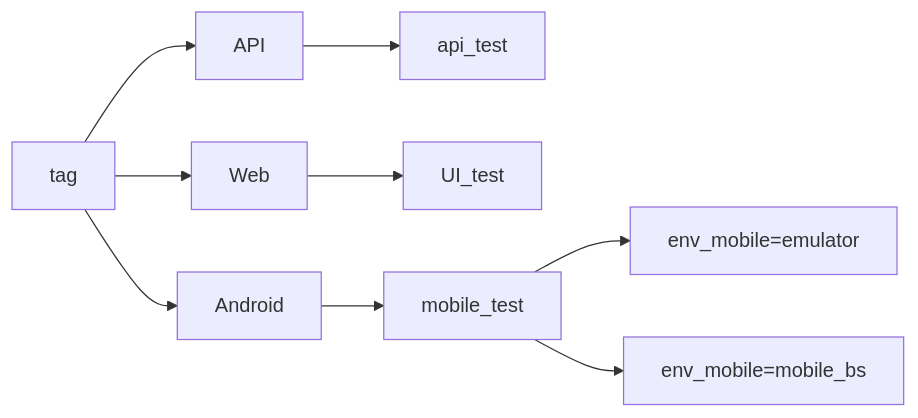
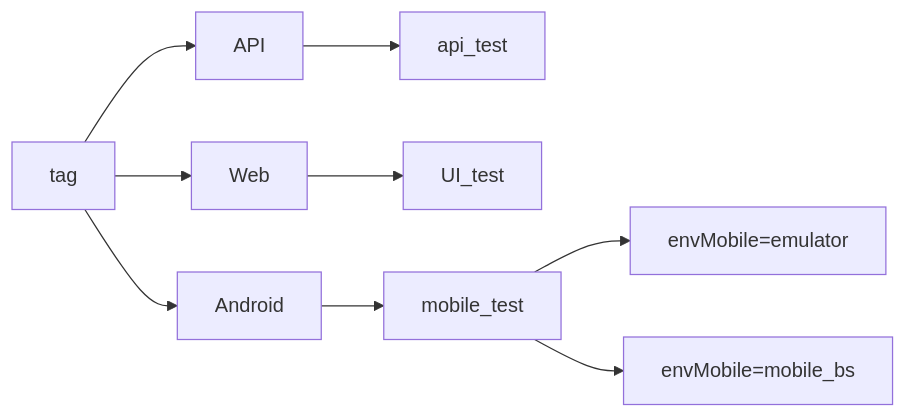
One commit to JennyNdbn/webinar-tests-final-project changed the diagram in README.md. Above: the diagram before and after it, drawn with Mermaid. The commit also changed other lines of this file and 4 other files, not shown here.

````diff
--- a/README.md
+++ b/README.md
@@ -166,11 +166,11 @@
 ```mermaid
 graph LR
 A[tag] --> B[API]
 A --> C[Web]
 A --> D[Android]
 B --> K[api_test]
 C --> E[UI_test]
 D --> G[mobile_test]
-G --> H[env_mobile=emulator]
-G --> F[env_mobile=mobile_bs]
+G --> H[envMobile=emulator]
+G --> F[envMobile=mobile_bs]
 ```
````
